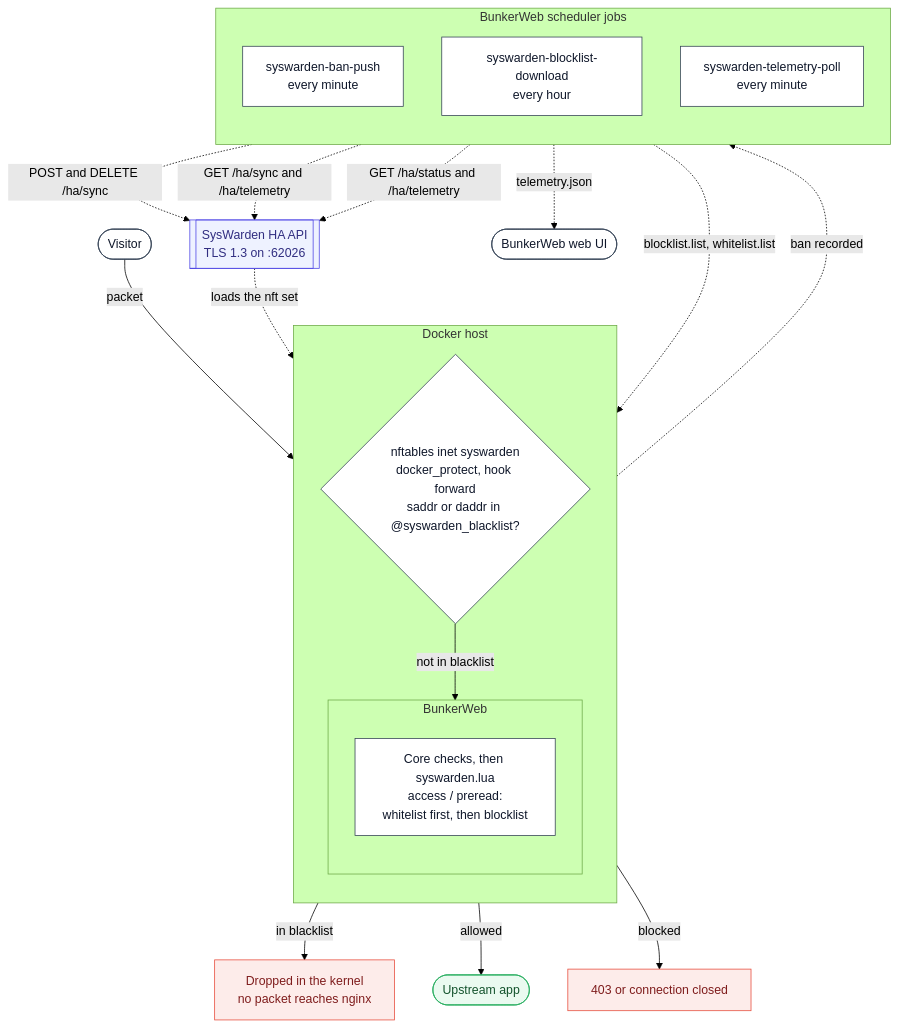
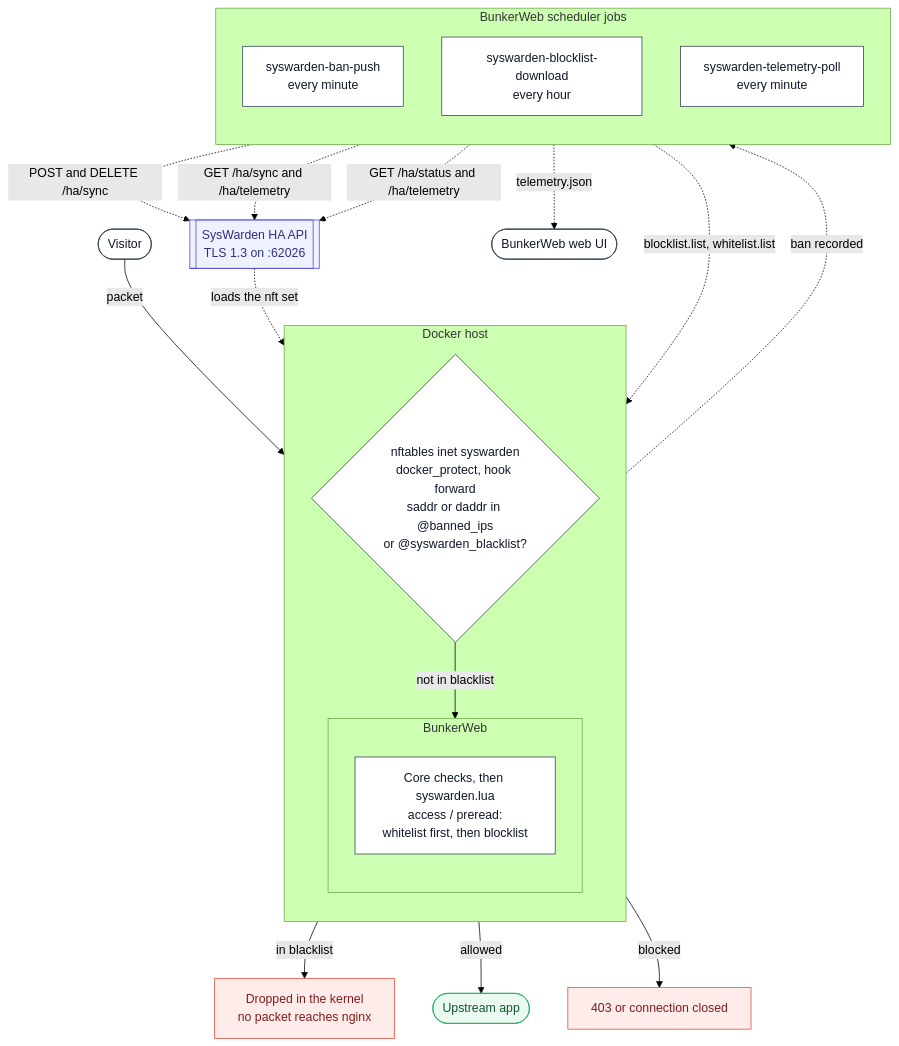
The diagram in syswarden/README.md (bunkerity/bunkerweb-plugins), drawn with Mermaid (forest theme) before and after one commit. The commit also changed other lines of this file and 18 other files, not shown here.

````diff
--- a/syswarden/README.md
+++ b/syswarden/README.md
@@ -5,53 +5,53 @@
 ```mermaid
 flowchart TD
     accTitle: BunkerWeb SysWarden plugin
     accDescr: BunkerWeb inspects traffic at Layer 7 and bans attackers. The scheduler pushes those bans to SysWarden's HA API, which loads them into an nftables set so the same attacker is dropped in the kernel for every service on the host, containers included. In the other direction the scheduler downloads SysWarden's blocklist and whitelist so BunkerWeb can also deny those peers at Layer 7, and polls status and telemetry for the web UI.
 
     visitor([Visitor])
 
     subgraph host[Docker host]
         direction TB
-        nft{"nftables inet syswarden<br/>docker_protect, hook forward<br/>saddr or daddr in @syswarden_blacklist?"}
+        nft{"nftables inet syswarden<br/>docker_protect, hook forward<br/>saddr or daddr in @banned_ips<br/>or @syswarden_blacklist?"}
         subgraph bw[BunkerWeb]
             direction TB
             l7["Core checks, then syswarden.lua<br/>access / preread:<br/>whitelist first, then blocklist"]
         end
     end
 
     drop["Dropped in the kernel<br/>no packet reaches nginx"]
     deny["403 or connection closed"]
     upstream([Upstream app])
 
     subgraph sched[BunkerWeb scheduler jobs]
         direction TB
         push["syswarden-ban-push<br/>every minute"]
         pull["syswarden-blocklist-download<br/>every hour"]
         tel["syswarden-telemetry-poll<br/>every minute"]
     end
 
     swapi[["SysWarden HA API<br/>TLS 1.3 on :62026"]]
     ui([BunkerWeb web UI])
 
     visitor -->|packet| nft
     nft -->|in blacklist| drop
     nft -->|not in blacklist| l7
     l7 -->|allowed| upstream
     l7 -->|blocked| deny
 
     l7 -.->|ban recorded| push
     push -.->|"POST and DELETE /ha/sync"| swapi
     swapi -.->|loads the nft set| nft
     pull -.->|"GET /ha/sync and /ha/telemetry"| swapi
     pull -.->|blocklist.list, whitelist.list| l7
     tel -.->|"GET /ha/status and /ha/telemetry"| swapi
     tel -.->|telemetry.json| ui
 
     classDef ok fill:#eafaf0,stroke:#27ae60,color:#14532d;
     classDef deny fill:#fdecea,stroke:#e74c3c,color:#7f1d1d;
     classDef swc fill:#eef2ff,stroke:#4f46e5,color:#312e81;
     classDef app fill:#ffffff,stroke:#334155,color:#0f172a;
     class upstream ok;
     class drop,deny deny;
     class swapi swc;
     class visitor,nft,l7,push,pull,tel,ui app;
 ```
````
